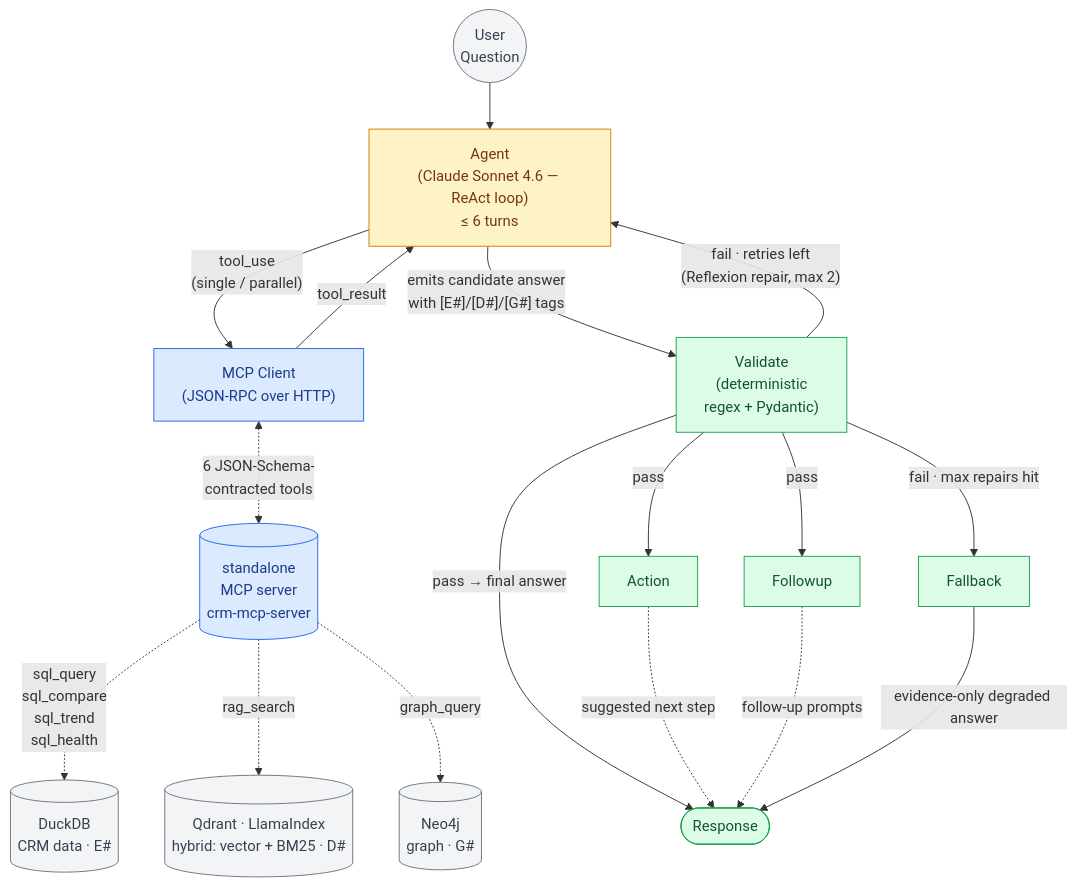
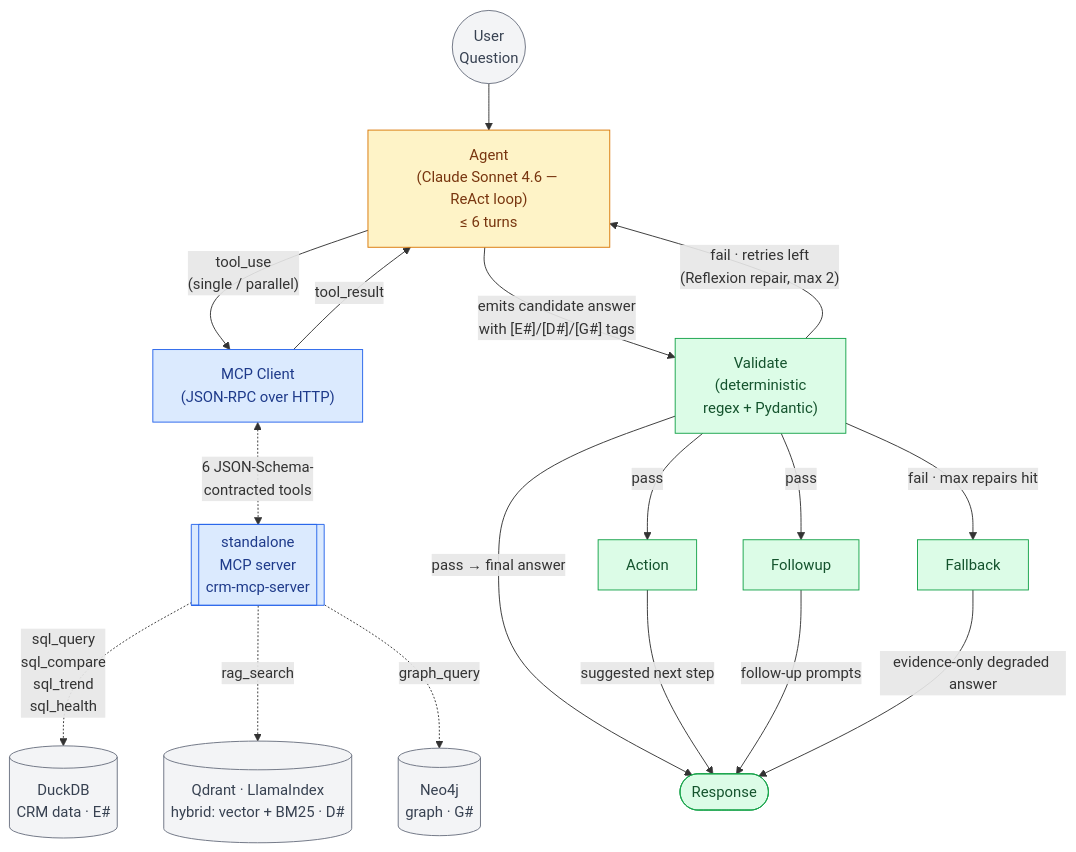
One commit to sazzad-kamal/crm-agentic-mcp-engine changed the first of 6 diagrams in README.md. Above: the diagram before and after it, drawn with Mermaid.

Commit message:
D1: MCP server as subprocess shape (was DB cylinder); make Action/Followup->Response solid (dotted = crosses-boundary only)

````diff
--- a/README.md
+++ b/README.md
@@ -26,33 +26,33 @@
 ```mermaid
 flowchart TB
     Q(("User<br/>Question")) --> AGENT["Agent<br/>(Claude Sonnet 4.6 — ReAct loop)<br/>≤ 6 turns"]
 
     AGENT -->|"tool_use<br/>(single / parallel)"| MCP_CLIENT["MCP Client<br/>(JSON-RPC over HTTP)"]
-    MCP_CLIENT <-.->|"6 JSON-Schema-<br/>contracted tools"| MCPSRV[("standalone<br/>MCP server<br/>crm-mcp-server")]
+    MCP_CLIENT <-.->|"6 JSON-Schema-<br/>contracted tools"| MCPSRV[["standalone<br/>MCP server<br/>crm-mcp-server"]]
     MCP_CLIENT -->|tool_result| AGENT
 
     AGENT -->|"emits candidate answer<br/>with [E#]/[D#]/[G#] tags"| VAL["Validate<br/>(deterministic<br/>regex + Pydantic)"]
     VAL -->|"fail · retries left<br/>(Reflexion repair, max 2)"| AGENT
     VAL -->|"fail · max repairs hit"| FB["Fallback"]
     VAL -->|"pass → final answer"| RESP
     VAL -->|pass| ACT["Action"] & FU["Followup"]
-    ACT -.->|"suggested next step"| RESP
-    FU -.->|"follow-up prompts"| RESP
+    ACT -->|"suggested next step"| RESP
+    FU -->|"follow-up prompts"| RESP
     FB -->|"evidence-only degraded answer"| RESP
 
     RESP(["Response"])
 
     MCPSRV -.->|sql_query<br/>sql_compare<br/>sql_trend<br/>sql_health| DB[("DuckDB<br/>CRM data · E#")]
     MCPSRV -.->|rag_search| VS[("Qdrant · LlamaIndex<br/>hybrid: vector + BM25 · D#")]
     MCPSRV -.->|graph_query| N4[("Neo4j<br/>graph · G#")]
 
     classDef agent fill:#fef3c7,stroke:#d97706,color:#78350f
     classDef tool fill:#dbeafe,stroke:#2563eb,color:#1e3a8a
     classDef response fill:#dcfce7,stroke:#16a34a,color:#14532d
     classDef boundary fill:#f3f4f6,stroke:#6b7280,color:#374151
 
     class AGENT agent
     class MCP_CLIENT,MCPSRV tool
     class VAL,ACT,FU,FB,RESP response
     class Q,DB,VS,N4 boundary
 ```
````
